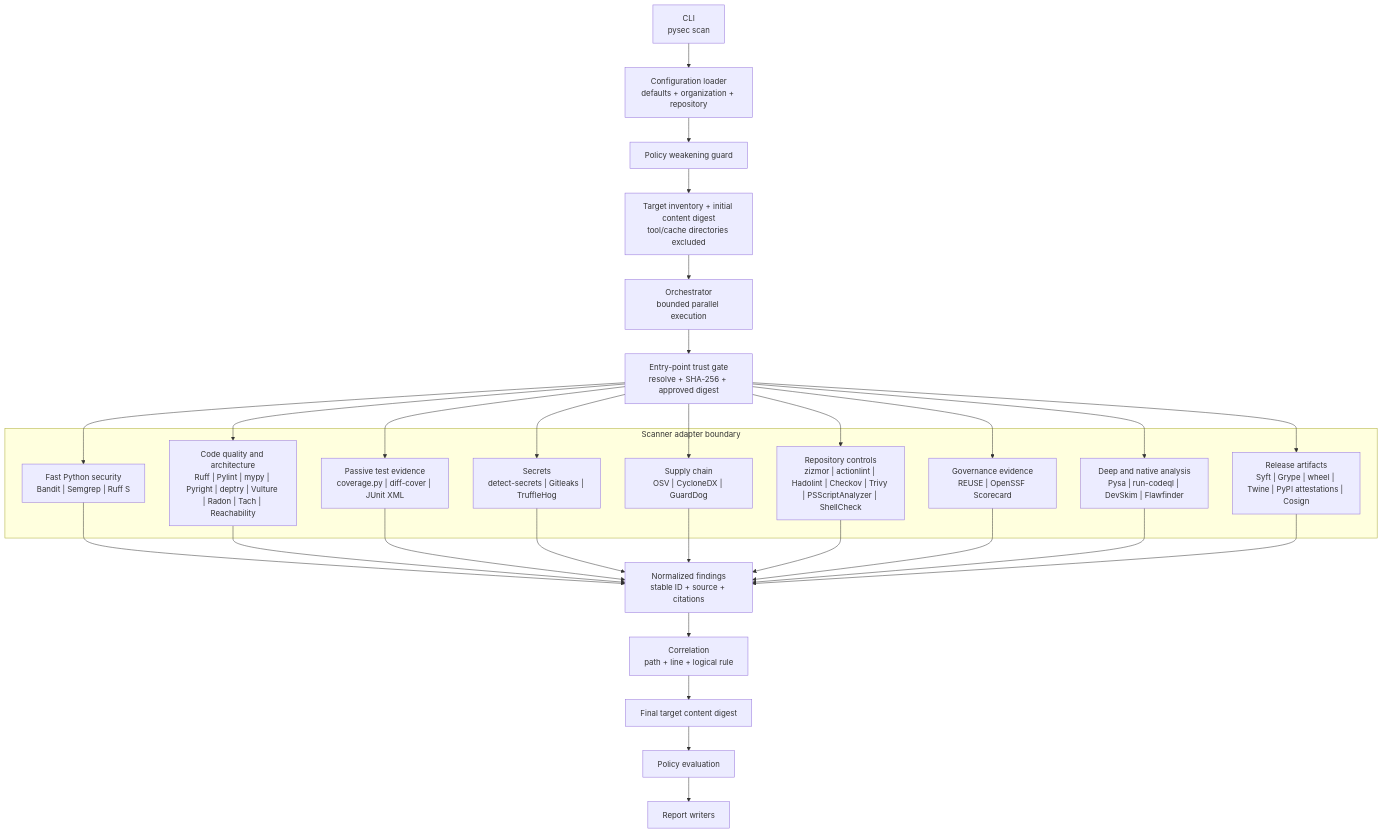
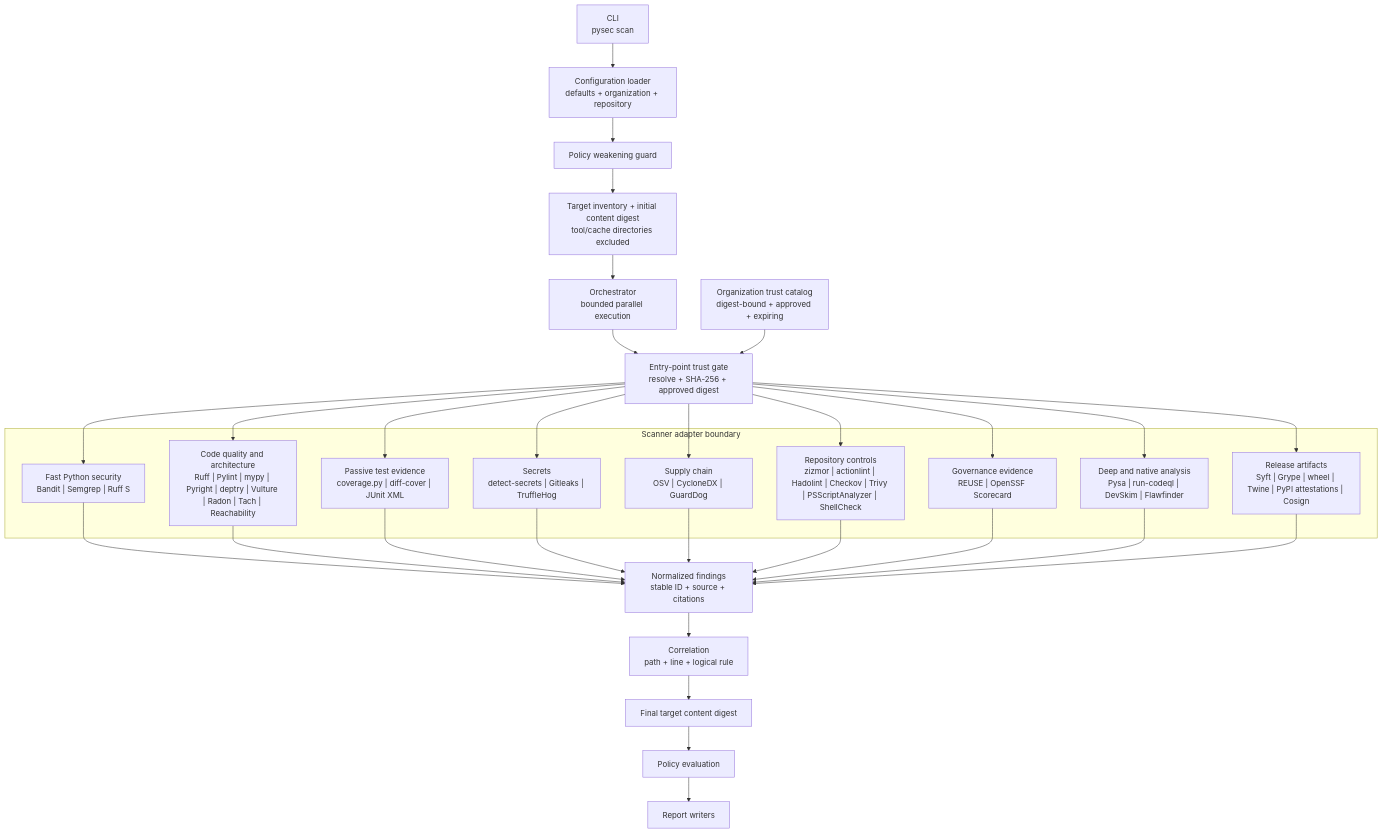
One commit to willtran87/project-py-security-suite changed the third of 9 diagrams in docs/design.md. Above: the diagram before and after it, drawn with Mermaid. The commit also changed other lines of this file and 41 other files, not shown here.

````diff
--- a/docs/design.md
+++ b/docs/design.md
@@ -125,48 +125,50 @@
 ```mermaid
 flowchart TD
     CLI["CLI<br/>pysec scan"]
     Config["Configuration loader<br/>defaults + organization + repository"]
     Guard["Policy weakening guard"]
     Inventory["Target inventory + initial content digest<br/>tool/cache directories excluded"]
     Orchestrator["Orchestrator<br/>bounded parallel execution"]
+    TrustCatalog["Organization trust catalog<br/>digest-bound + approved + expiring"]
     ToolTrust["Entry-point trust gate<br/>resolve + SHA-256 + approved digest"]
     FinalSnapshot["Final target content digest"]
 
     subgraph Adapters["Scanner adapter boundary"]
         Fast["Fast Python security<br/>Bandit | Semgrep | Ruff S"]
         Quality["Code quality and architecture<br/>Ruff | Pylint | mypy | Pyright | deptry | Vulture | Radon | Tach | Reachability"]
         Tests["Passive test evidence<br/>coverage.py | diff-cover | JUnit XML"]
         Secrets["Secrets<br/>detect-secrets | Gitleaks | TruffleHog"]
         Supply["Supply chain<br/>OSV | CycloneDX | GuardDog"]
         Pipeline["Repository controls<br/>zizmor | actionlint | Hadolint | Checkov | Trivy | PSScriptAnalyzer | ShellCheck"]
         Governance["Governance evidence<br/>REUSE | OpenSSF Scorecard"]
         Deep["Deep and native analysis<br/>Pysa | run-codeql | DevSkim | Flawfinder"]
         Artifact["Release artifacts<br/>Syft | Grype | wheel | Twine | PyPI attestations | Cosign"]
     end
 
     Normalize["Normalized findings<br/>stable ID + source + citations"]
     Correlate["Correlation<br/>path + line + logical rule"]
     Policy["Policy evaluation"]
     Report["Report writers"]
 
     CLI --> Config --> Guard --> Inventory --> Orchestrator --> ToolTrust
+    TrustCatalog --> ToolTrust
     ToolTrust --> Fast
     ToolTrust --> Quality
     ToolTrust --> Tests
     ToolTrust --> Secrets
     ToolTrust --> Supply
     ToolTrust --> Pipeline
     ToolTrust --> Governance
     ToolTrust --> Deep
     ToolTrust --> Artifact
     Fast --> Normalize
     Quality --> Normalize
     Tests --> Normalize
     Secrets --> Normalize
     Supply --> Normalize
     Pipeline --> Normalize
     Governance --> Normalize
     Deep --> Normalize
     Artifact --> Normalize
     Normalize --> Correlate --> FinalSnapshot --> Policy --> Report
 ```
````
